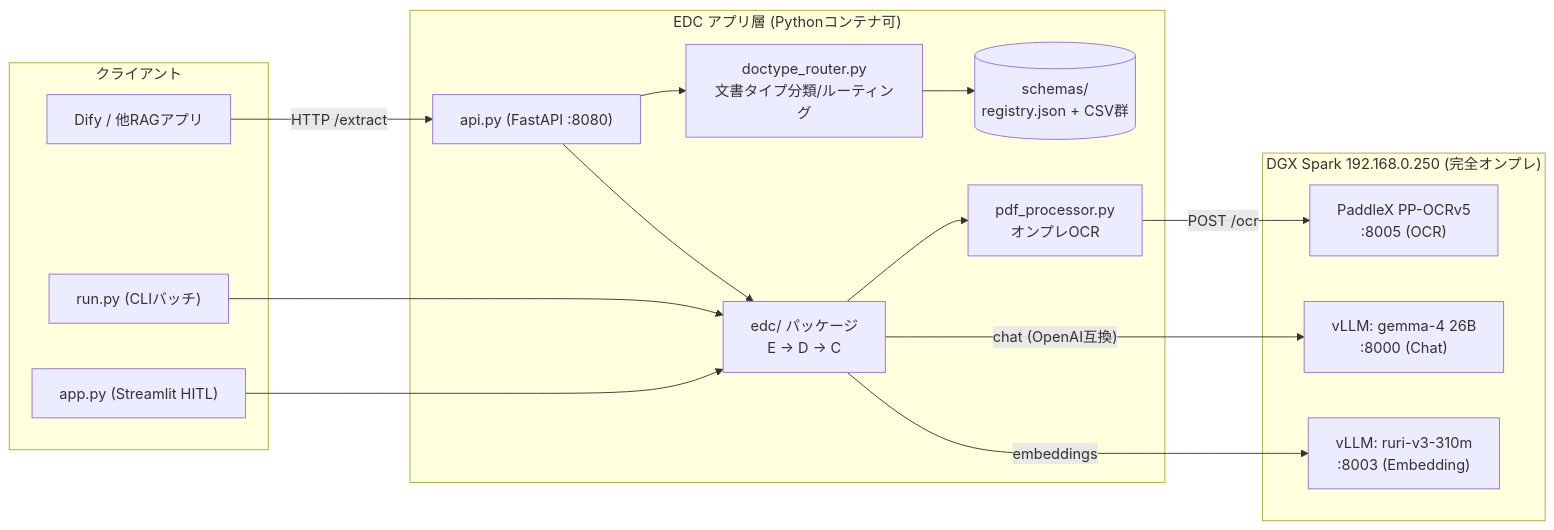
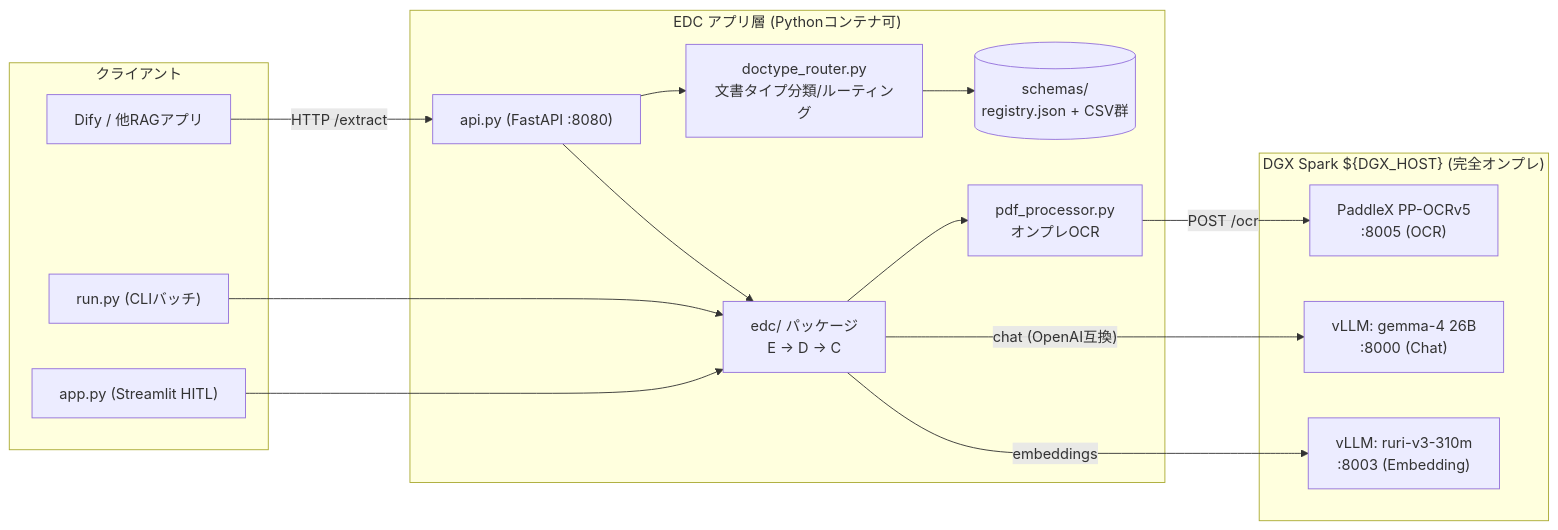
One commit to uchi736/EDC changed the first of 9 diagrams in docs/DESIGN.md. Above: the diagram before and after it, drawn with Mermaid. The commit also changed other lines of this file and 2 other files, not shown here.

Commit message:
docs: DESIGN.html(mermaid描画版)追加 + 内部IPをプレースホルダ化
- docs/DESIGN.html: DESIGN.md を marked + mermaid(CDN) でブラウザ描画する
  自己完結ビューア(同ディレクトリのDESIGN.mdを単一情報源にfetch)。
- 公開リポジトリの内部トポロジ露出対策として 192.168.0.250 を ${DGX_HOST} に置換
  (DESIGN.md / docker-compose.yml)。実値は .env(gitignore) のみで管理。

````diff
--- a/docs/DESIGN.md
+++ b/docs/DESIGN.md
@@ -26,33 +26,33 @@
 ```mermaid
 flowchart LR
   subgraph Clients["クライアント"]
     Dify["Dify / 他RAGアプリ"]
     CLI["run.py (CLIバッチ)"]
     UI["app.py (Streamlit HITL)"]
   end
 
   subgraph App["EDC アプリ層 (Pythonコンテナ可)"]
     API["api.py (FastAPI :8080)"]
     Router["doctype_router.py<br/>文書タイプ分類/ルーティング"]
     PDF["pdf_processor.py<br/>オンプレOCR"]
     Core["edc/ パッケージ<br/>E → D → C"]
     Schemas[("schemas/<br/>registry.json + CSV群")]
   end
 
-  subgraph DGX["DGX Spark 192.168.0.250 (完全オンプレ)"]
+  subgraph DGX["DGX Spark ${DGX_HOST} (完全オンプレ)"]
     LLM["vLLM: gemma-4 26B<br/>:8000 (Chat)"]
     EMB["vLLM: ruri-v3-310m<br/>:8003 (Embedding)"]
     OCR["PaddleX PP-OCRv5<br/>:8005 (OCR)"]
   end
 
   Dify -->|"HTTP /extract"| API
   CLI --> Core
   UI --> Core
   API --> Router
   API --> Core
   Router --> Schemas
   Core --> PDF
   Core -->|"chat (OpenAI互換)"| LLM
   Core -->|"embeddings"| EMB
   PDF -->|"POST /ocr"| OCR
 ```
````
